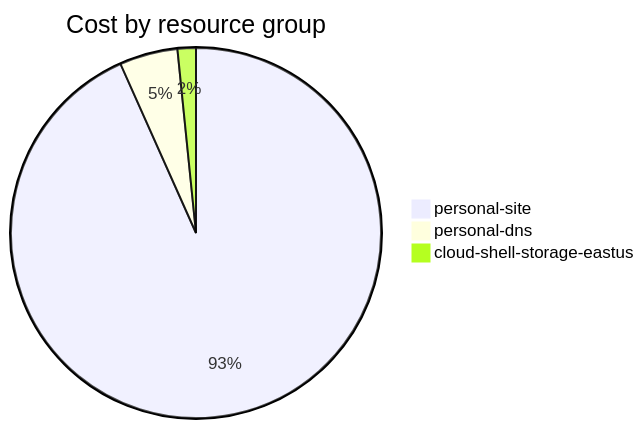
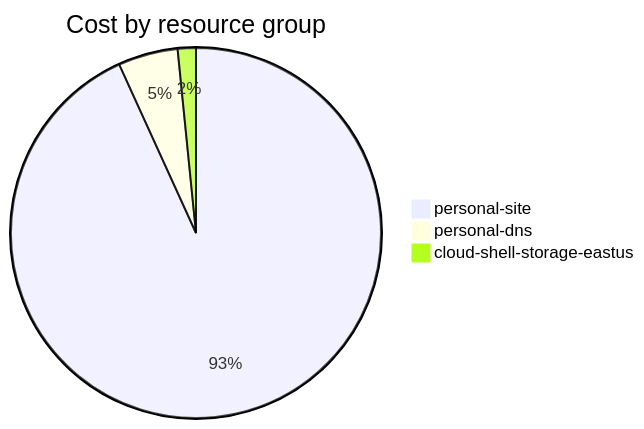
Before and after one commit to jpfulton/azure-personal-reports: the fourth of 4 diagrams in cost-reports/accumulated-cost.md, drawn with Mermaid. The commit also changed other lines of this file and 4 other files, not shown here.

````diff
--- a/cost-reports/accumulated-cost.md
+++ b/cost-reports/accumulated-cost.md
@@ -143,7 +143,7 @@
 ```mermaid
 pie
    title Cost by resource group
-   "personal-site" : 3.49
-   "personal-dns" : 0.19
-   "cloud-shell-storage-eastus" : 0.06
+   "personal-site" : 4.11
+   "personal-dns" : 0.23
+   "cloud-shell-storage-eastus" : 0.07
 ```
````
